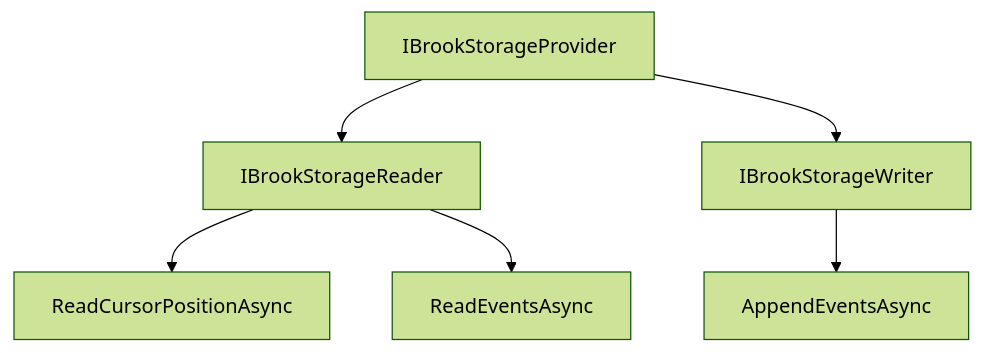
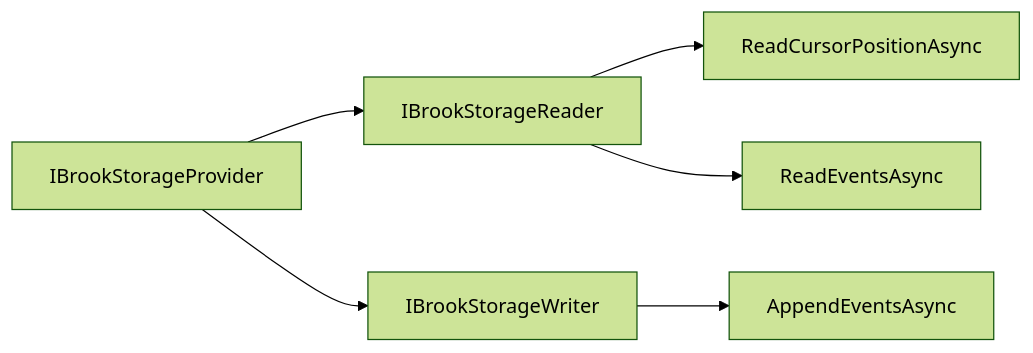
The diagram in docs/Docusaurus/docs/event-sourcing/brooks/storage-providers.md (Gibbs-Morris/mississippi), drawn with Mermaid (forest theme) before and after one commit. The commit also changed other lines of this file and 5 other files, not shown here.

````diff
--- a/docs/Docusaurus/docs/event-sourcing/brooks/storage-providers.md
+++ b/docs/Docusaurus/docs/event-sourcing/brooks/storage-providers.md
@@ -25,8 +25,8 @@
 ```mermaid
-flowchart TD
+flowchart LR
     A[IBrookStorageProvider] --> B[IBrookStorageReader]
     A --> C[IBrookStorageWriter]
     B --> D[ReadCursorPositionAsync]
     B --> E[ReadEventsAsync]
     C --> F[AppendEventsAsync]
 ```
````
